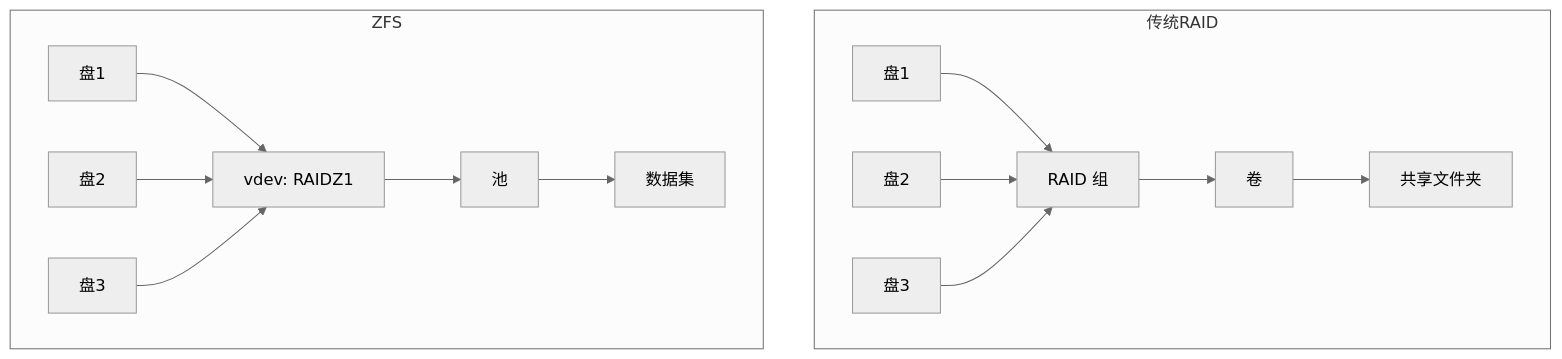
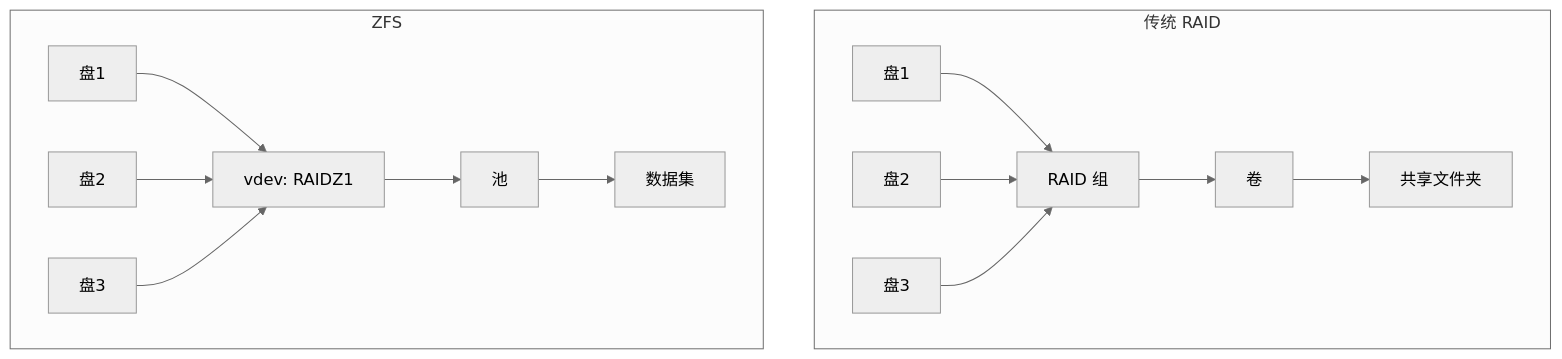
One commit to cv-superding/nas-guide changed the diagram in docs/05-存储与数据保护/5.2-RAID与存储池实战.md. Above: the diagram before and after it, drawn with Mermaid (neutral theme). The commit also changed other lines of this file and 2 other files, not shown here.

````diff
--- a/docs/05-存储与数据保护/5.2-RAID与存储池实战.md
+++ b/docs/05-存储与数据保护/5.2-RAID与存储池实战.md
@@ -33,13 +25,9 @@
 ```mermaid
 flowchart TB
-    subgraph 传统RAID
-        A1[盘1] & A2[盘2] & A3[盘3] --> RAID[RAID 组]
-        RAID --> VOL[卷]
-        VOL --> SHARE[共享文件夹]
+    subgraph 传统["传统 RAID"]
+        A1[盘1] & A2[盘2] & A3[盘3] --> RG[RAID 组] --> VOL[卷] --> SH[共享文件夹]
     end
-    subgraph ZFS
-        B1[盘1] & B2[盘2] & B3[盘3] --> VDEV[vdev: RAIDZ1]
-        VDEV --> POOL[池]
-        POOL --> DS[数据集]
+    subgraph ZFS["ZFS"]
+        B1[盘1] & B2[盘2] & B3[盘3] --> VD[vdev: RAIDZ1] --> POOL[池] --> DS[数据集]
     end
 ```
````
